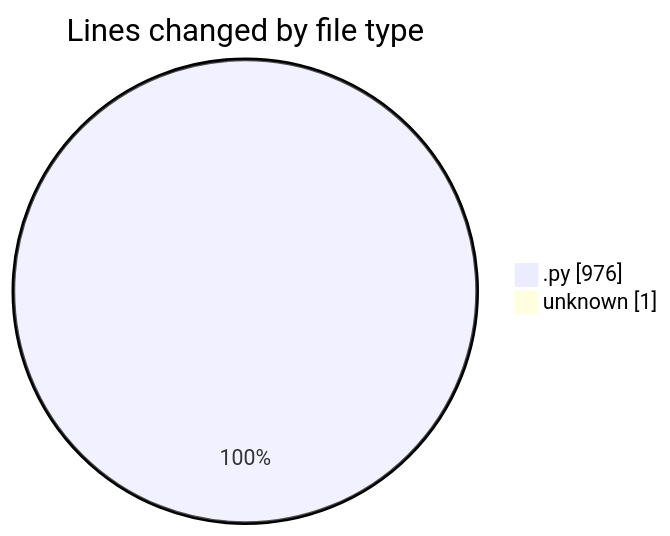
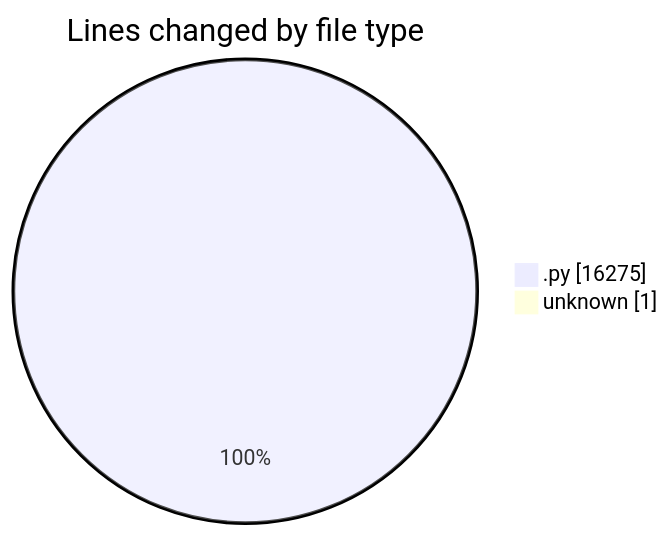
One commit to julien-gomy/code-tracking changed the first of 2 diagrams in 2025-11-22/eventscop-api-guide__workspace_/README.md. Above: the diagram before and after it, drawn with Mermaid. The commit also changed other lines of this file and 1 other file, not shown here.

````diff
--- a/2025-11-22/eventscop-api-guide__workspace_/README.md
+++ b/2025-11-22/eventscop-api-guide__workspace_/README.md
@@ -27,6 +28,6 @@
 ```mermaid
 pie showData
 title Lines changed by file type
-".py" : 976
+".py" : 16275
 "unknown" : 1
 ```
````
